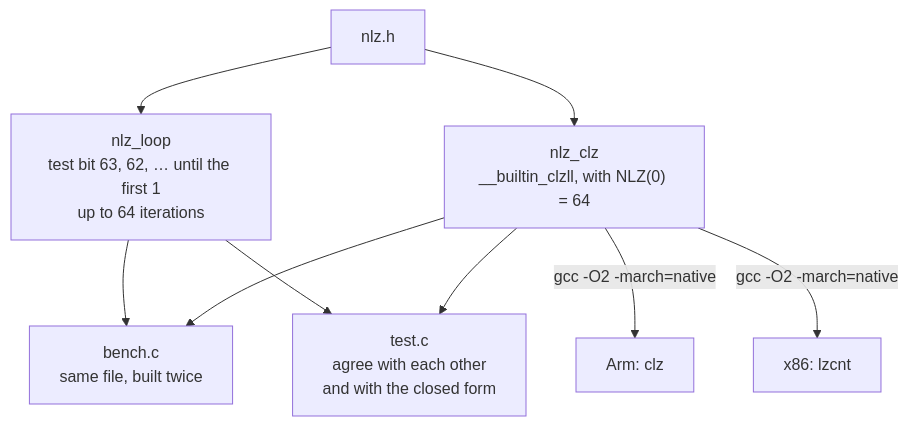
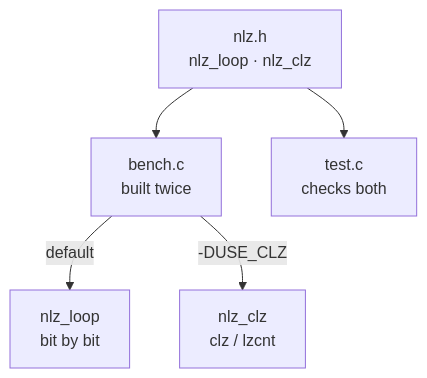
One commit to spaceadler/NLZ3000 changed the diagram in README.md. Above: the diagram before and after it, drawn with Mermaid.

Commit message:
docs: narrower diagram that renders in GitHub's frame without expanding

````diff
--- a/README.md
+++ b/README.md
@@ -15,9 +15,7 @@
 ```mermaid
 flowchart TB
-    h["nlz.h"] --> loop["nlz_loop<br/>test bit 63, 62, … until the first 1<br/>up to 64 iterations"]
-    h --> clz["nlz_clz<br/>__builtin_clzll, with NLZ(0) = 64"]
-    clz -->|"gcc -O2 -march=native"| arm["Arm: clz"]
-    clz -->|"gcc -O2 -march=native"| x86["x86: lzcnt"]
-    loop & clz --> bench["bench.c<br/>same file, built twice"]
-    loop & clz --> test["test.c<br/>agree with each other<br/>and with the closed form"]
+    h["nlz.h<br/>nlz_loop · nlz_clz"] --> b["bench.c<br/>built twice"]
+    h --> t["test.c<br/>checks both"]
+    b -->|"default"| l["nlz_loop<br/>bit by bit"]
+    b -->|"-DUSE_CLZ"| c["nlz_clz<br/>clz / lzcnt"]
 ```
````
